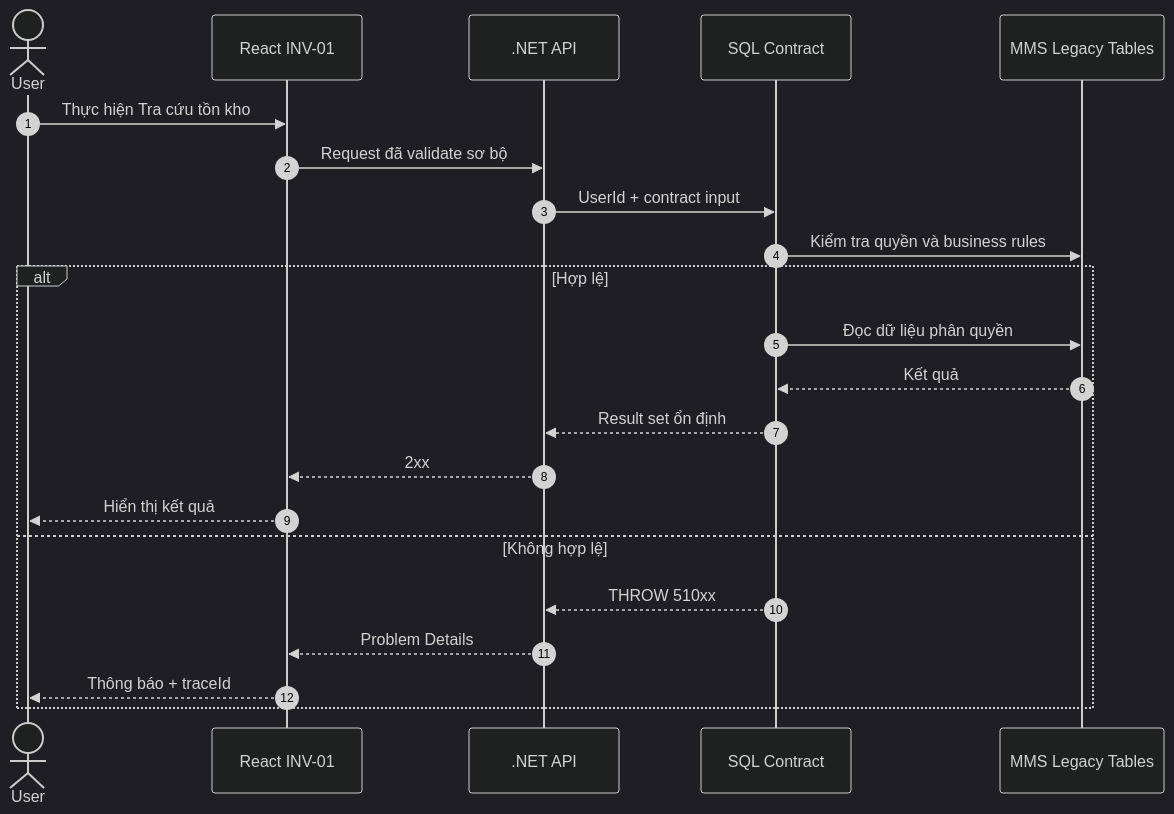
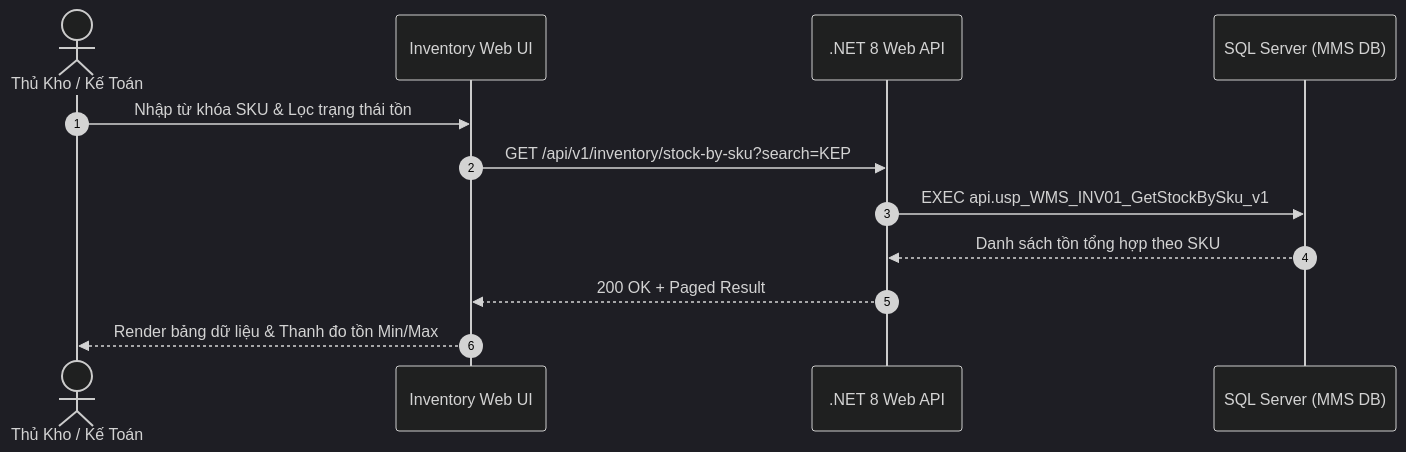
The diagram in docs/03-use-cases/UC-17_INV-01.md (Sohoa-KNSG/mms), drawn with Mermaid (dark theme) before and after one commit. The commit also changed other lines of this file and 43 other files, not shown here.

````diff
--- a/docs/03-use-cases/UC-17_INV-01.md
+++ b/docs/03-use-cases/UC-17_INV-01.md
@@ -187,24 +65,15 @@
-~~~mermaid
+```mermaid
 sequenceDiagram
     autonumber
-    actor User
-    participant UI as React INV-01
-    participant API as .NET API
-    participant SP as SQL Contract
-    participant DB as MMS Legacy Tables
-    User->>UI: Thực hiện Tra cứu tồn kho
-    UI->>API: Request đã validate sơ bộ
-    API->>SP: UserId + contract input
-    SP->>DB: Kiểm tra quyền và business rules
-    alt Hợp lệ
-        SP->>DB: Đọc dữ liệu phân quyền
-        DB-->>SP: Kết quả
-        SP-->>API: Result set ổn định
-        API-->>UI: 2xx
-        UI-->>User: Hiển thị kết quả
-    else Không hợp lệ
-        SP-->>API: THROW 510xx
-        API-->>UI: Problem Details
-        UI-->>User: Thông báo + traceId
-    end
-~~~
+    actor User as Thủ Kho / Kế Toán
+    participant UI as Inventory Web UI
+    participant API as .NET 8 Web API
+    participant DB as SQL Server (MMS DB)
+
+    User->>UI: Nhập từ khóa SKU & Lọc trạng thái tồn
+    UI->>API: GET /api/v1/inventory/stock-by-sku?search=KEP
+    API->>DB: EXEC api.usp_WMS_INV01_GetStockBySku_v1
+    DB-->>API: Danh sách tồn tổng hợp theo SKU
+    API-->>UI: 200 OK + Paged Result
+    UI-->>User: Render bảng dữ liệu & Thanh đo tồn Min/Max
+```
````
